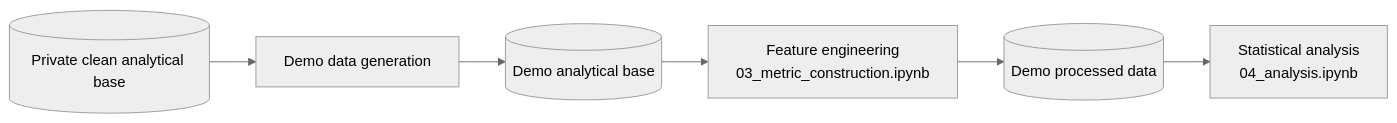
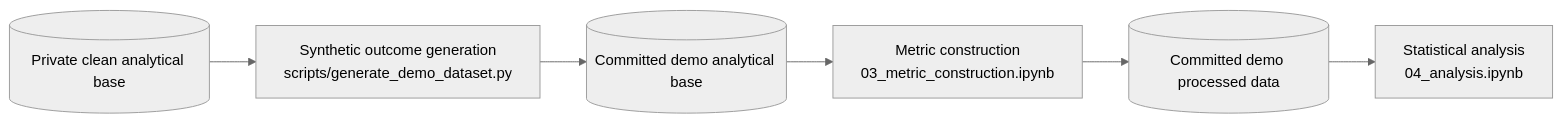
The second of 2 diagrams in docs/project_architecture.md (valentinarias-dtsc/higher-education-outcomes-analysis), drawn with Mermaid (neutral theme) before and after one commit. The commit also changed other lines of this file and 6 other files, not shown here.

````diff
--- a/docs/project_architecture.md
+++ b/docs/project_architecture.md
@@ -41,15 +45,15 @@
 ```mermaid
 flowchart LR
     CB[("Private clean analytical base")]
-    G["Demo data generation"]
-    DB[("Demo analytical base")]
-    M["Feature engineering<br/>03_metric_construction.ipynb"]
-    DM[("Demo processed data")]
+    G["Synthetic outcome generation<br/>scripts/generate_demo_dataset.py"]
+    DB[("Committed demo analytical base")]
+    M["Metric construction<br/>03_metric_construction.ipynb"]
+    DM[("Committed demo processed data")]
     N["Statistical analysis<br/>04_analysis.ipynb"]
 
     CB --> G
     G --> DB
     DB --> M
     M --> DM
     DM --> N
 ```
````
